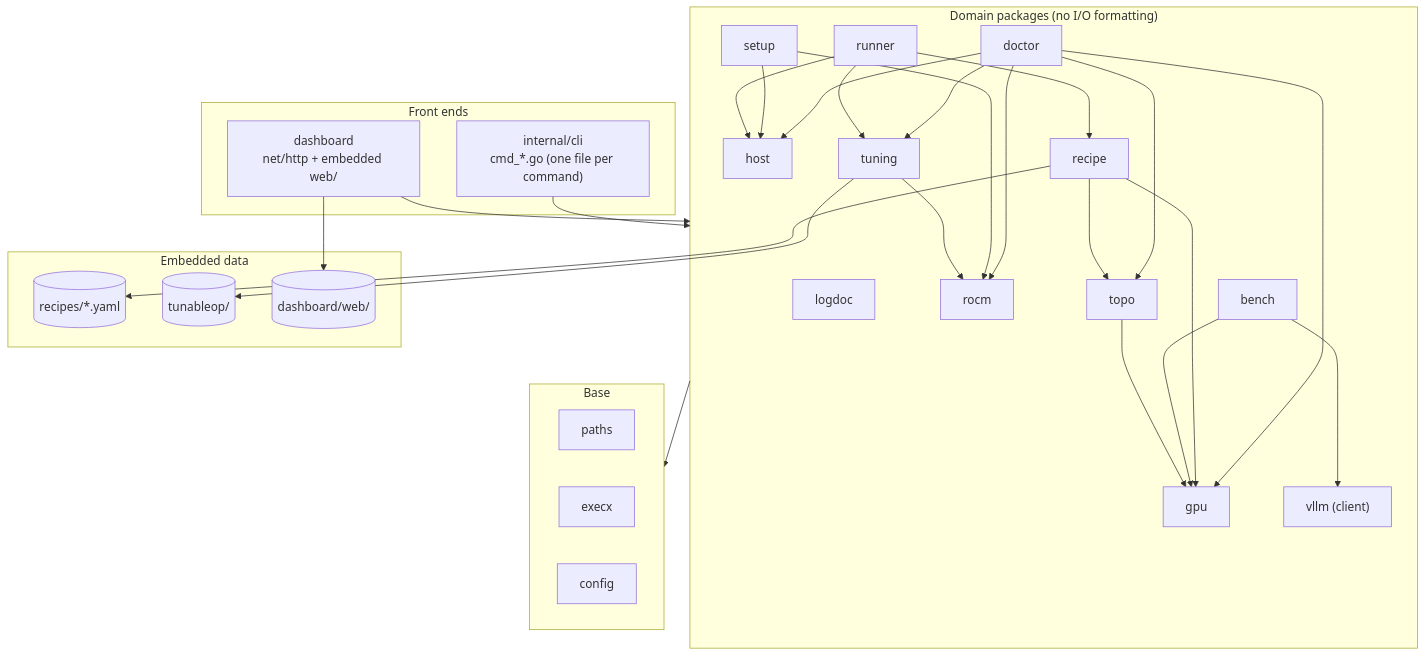
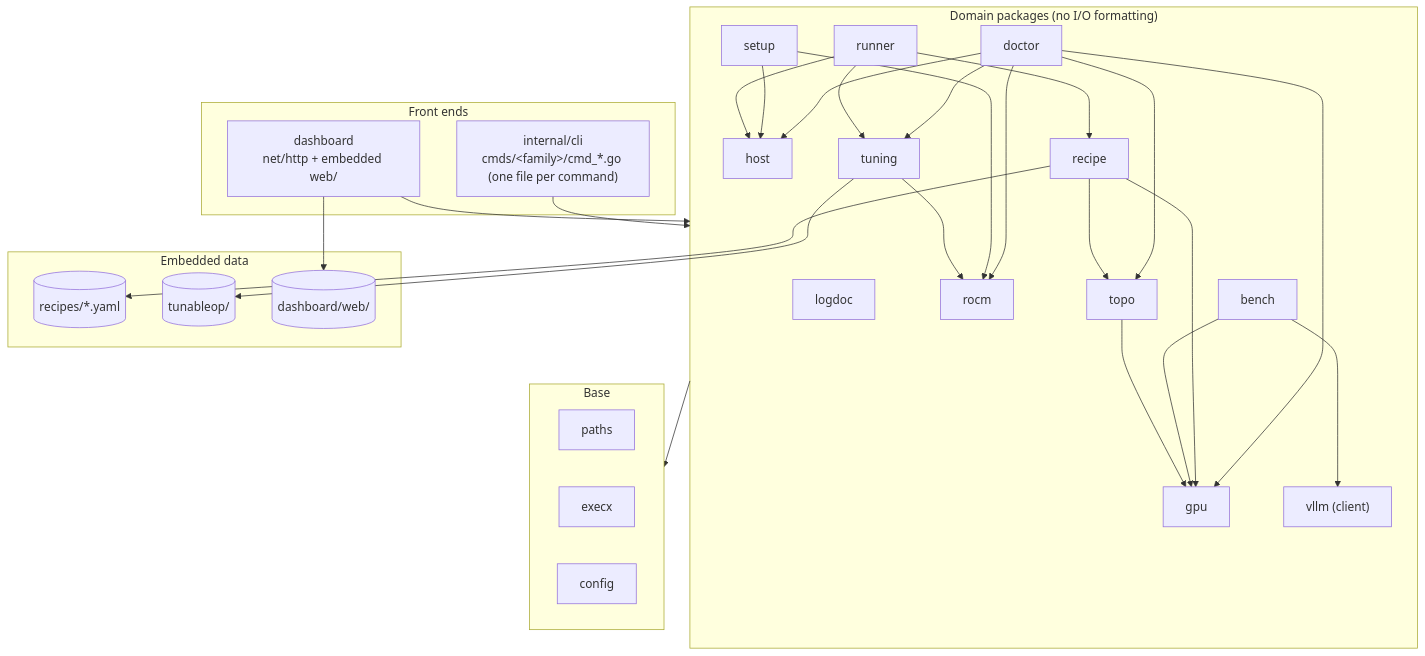
Before and after one commit to opengfx1030/bernie: the first of 2 diagrams in docs/architecture.md, drawn with Mermaid. The commit also changed other lines of this file and 16 other files, not shown here.

Commit message:
cli: split command families into subpackages

````diff
--- a/docs/architecture.md
+++ b/docs/architecture.md
@@ -9,42 +9,42 @@
 ```mermaid
 flowchart TB
   subgraph Front["Front ends"]
-    CLI["internal/cli<br/>cmd_*.go (one file per command)"]
+    CLI["internal/cli<br/>cmds/&lt;family&gt;/cmd_*.go (one file per command)"]
     DASH["dashboard<br/>net/http + embedded web/"]
   end
   subgraph Core["Domain packages (no I/O formatting)"]
     LOGDOC["logdoc"]
     DOC["doctor"] --> HOST["host"]
     DOC --> GPU["gpu"]
     DOC --> ROCM["rocm"]
     DOC --> TOPO["topo"]
     DOC --> TUN["tuning"]
     SET["setup"] --> HOST
     SET --> ROCM
     REC["recipe"] --> GPU
     REC --> TOPO
     RUN["runner"] --> REC
     RUN --> TUN
     RUN --> HOST
     BEN["bench"] --> VLLM["vllm (client)"]
     BEN --> GPU
     TOPO --> GPU
     TUN --> ROCM
   end
   subgraph Base["Base"]
     PATHS["paths"]
     EXEC["execx"]
     CFG["config"]
   end
   subgraph Data["Embedded data"]
     RECIPES[("recipes/*.yaml")]
     ROWS[("tunableop/")]
     WEB[("dashboard/web/")]
   end
   CLI --> Core
   DASH --> Core
   Core --> Base
   REC --> RECIPES
   TUN --> ROWS
   DASH --> WEB
 ```
````
